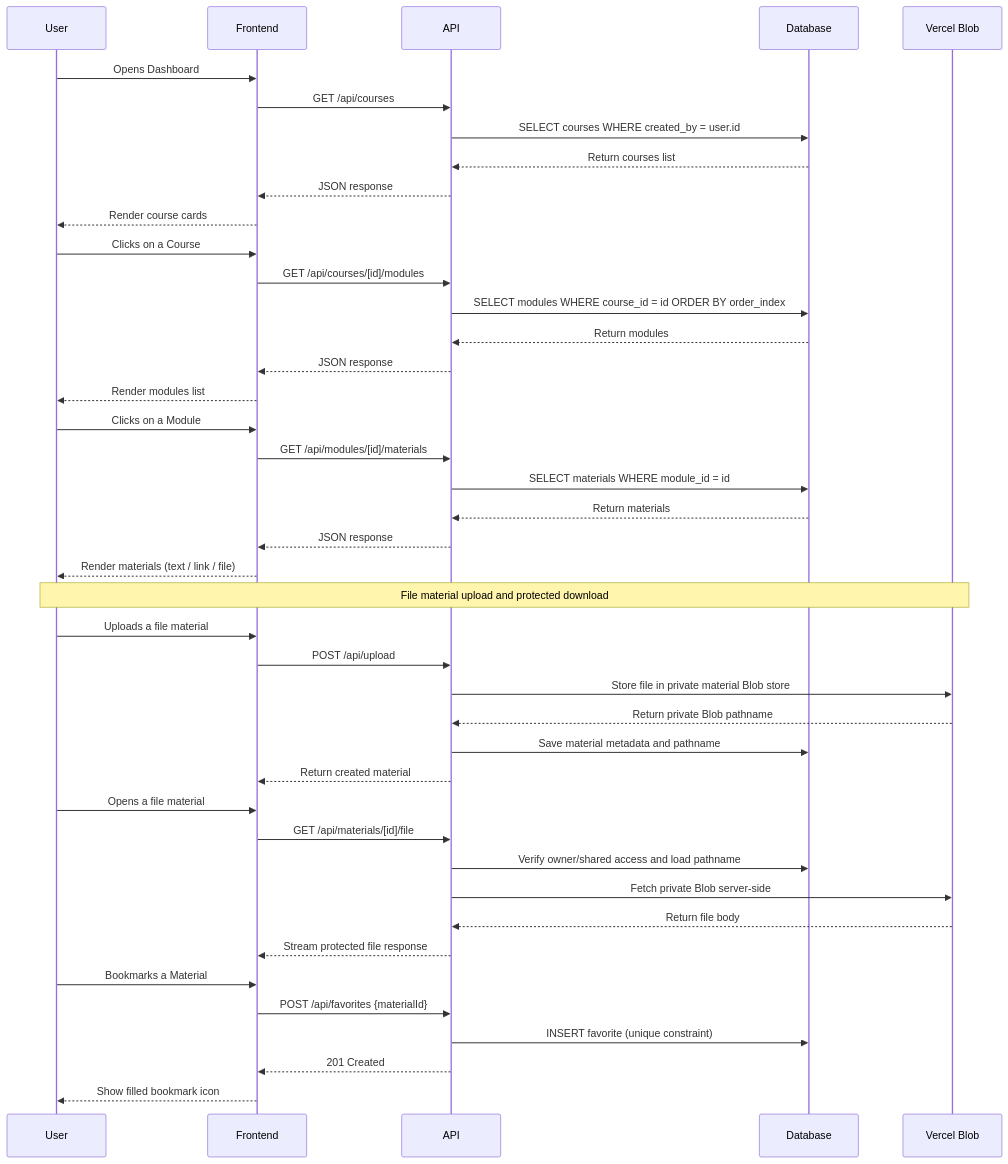
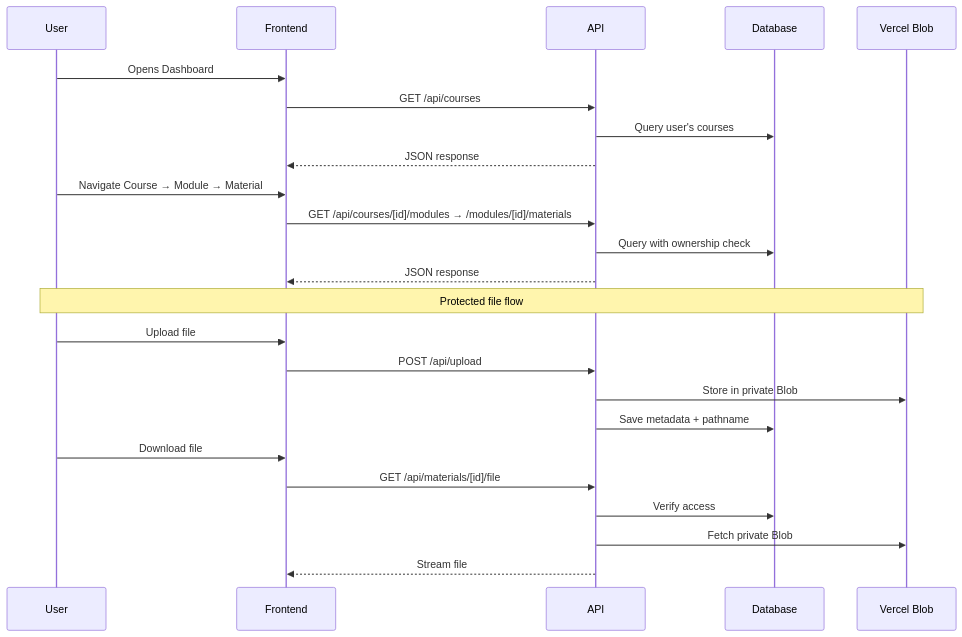
One commit to mariva565/mariva565-full-stack-ai-capstone changed the third of 4 diagrams in README.md. Above: the diagram before and after it, drawn with Mermaid. The commit also changed other lines of this file and 3 other files, not shown here.

Commit message:
feat: add posts API route, registration form, community feed component, and update architecture documentation

````diff
--- a/README.md
+++ b/README.md
@@ -298,50 +261,30 @@
 ```mermaid
 sequenceDiagram
     participant U as User
     participant F as Frontend
     participant A as API
     participant D as Database
     participant B as Vercel Blob
 
     U->>F: Opens Dashboard
     F->>A: GET /api/courses
-    A->>D: SELECT courses WHERE created_by = user.id
-    D-->>A: Return courses list
+    A->>D: Query user's courses
     A-->>F: JSON response
-    F-->>U: Render course cards
 
-    U->>F: Clicks on a Course
-    F->>A: GET /api/courses/[id]/modules
-    A->>D: SELECT modules WHERE course_id = id ORDER BY order_index
-    D-->>A: Return modules
+    U->>F: Navigate Course → Module → Material
+    F->>A: GET /api/courses/[id]/modules → /modules/[id]/materials
+    A->>D: Query with ownership check
     A-->>F: JSON response
-    F-->>U: Render modules list
 
-    U->>F: Clicks on a Module
-    F->>A: GET /api/modules/[id]/materials
-    A->>D: SELECT materials WHERE module_id = id
-    D-->>A: Return materials
-    A-->>F: JSON response
-    F-->>U: Render materials (text / link / file)
+    Note over U,B: Protected file flow
+    U->>F: Upload file
+    F->>A: POST /api/upload
+    A->>B: Store in private Blob
+    A->>D: Save metadata + pathname
 
-    Note over U,B: File material upload and protected download
-    U->>F: Uploads a file material
-    F->>A: POST /api/upload
-    A->>B: Store file in private material Blob store
-    B-->>A: Return private Blob pathname
-    A->>D: Save material metadata and pathname
-    A-->>F: Return created material
-
-    U->>F: Opens a file material
+    U->>F: Download file
     F->>A: GET /api/materials/[id]/file
-    A->>D: Verify owner/shared access and load pathname
-    A->>B: Fetch private Blob server-side
-    B-->>A: Return file body
-    A-->>F: Stream protected file response
-
-    U->>F: Bookmarks a Material
-    F->>A: POST /api/favorites {materialId}
-    A->>D: INSERT favorite (unique constraint)
-    A-->>F: 201 Created
-    F-->>U: Show filled bookmark icon
+    A->>D: Verify access
+    A->>B: Fetch private Blob
+    A-->>F: Stream file
 ```
````
